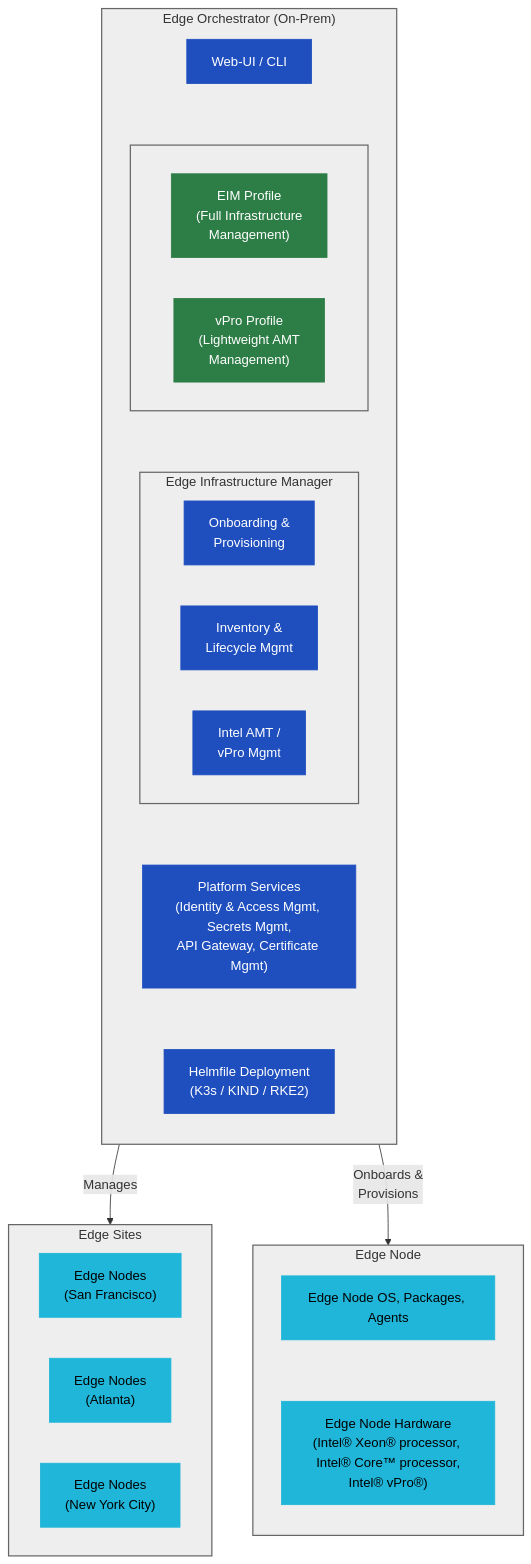
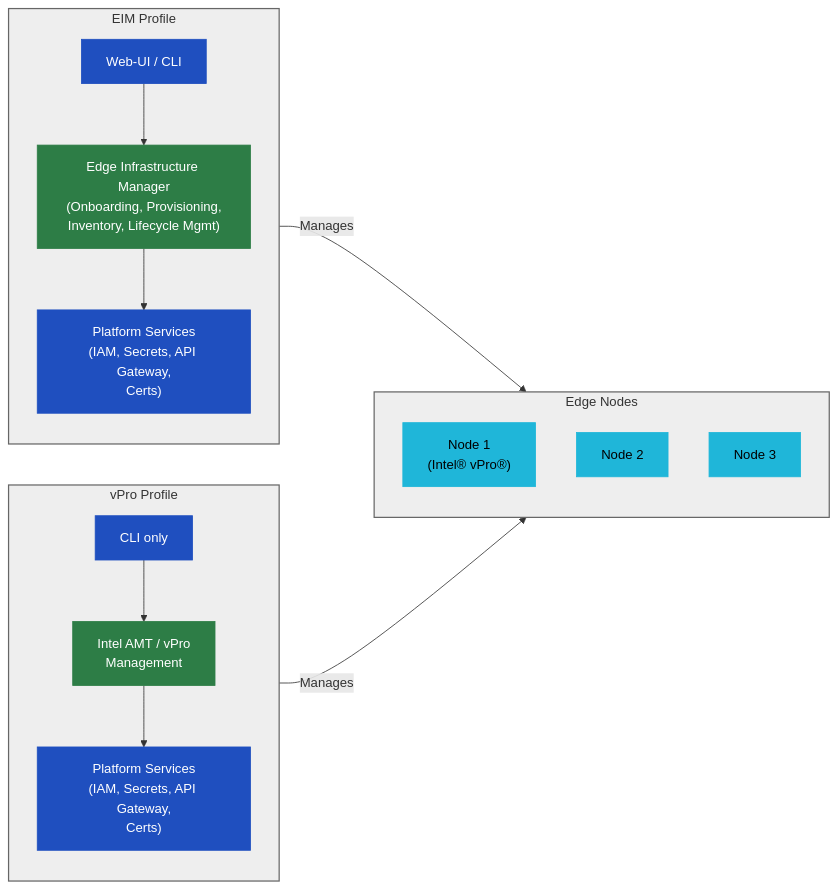
Before and after one commit to open-edge-platform/edge-manageability-framework: the diagram in README.md, drawn with Mermaid.

````diff
--- a/README.md
+++ b/README.md
@@ -28,62 +28,40 @@
 ```mermaid
-flowchart TD
+flowchart LR
 
-    subgraph EO["Edge Orchestrator (On-Prem)"]
+    subgraph EIM["EIM Profile"]
         direction TB
-        WebUI[Web-UI / CLI]
-
-        subgraph Profiles[" "]
-            direction LR
-            EIM["EIM Profile<br/>(Full Infrastructure<br>Management)"]
-            VPRO["vPro Profile<br/>(Lightweight AMT<br>Management)"]
-        end
-
-        subgraph InfraMgmt["Edge Infrastructure Manager"]
-            direction LR
-            Onboard["Onboarding &<br>Provisioning"]
-            Inventory["Inventory &<br>Lifecycle Mgmt"]
-            AMT["Intel AMT /<br>vPro Mgmt"]
-        end
-
-        Platform["Platform Services<br/>(Identity & Access Mgmt, Secrets Mgmt,<br/>API Gateway, Certificate Mgmt)"]
-
-        INFRA["Helmfile Deployment<br/>(K3s / KIND / RKE2)"]
+        UI1[Web-UI / CLI]
+        IM1["Edge Infrastructure Manager<br/>(Onboarding, Provisioning,<br/>Inventory, Lifecycle Mgmt)"]
+        PS1["Platform Services<br/>(IAM, Secrets, API Gateway,<br/>Certs)"]
+        UI1 --> IM1 --> PS1
     end
 
-    %% EDGE SITES
-    subgraph Sites["Edge Sites"]
-        direction LR
-        SF["Edge Nodes<br>(San Francisco)"]
-        ATL["Edge Nodes<br>(Atlanta)"]
-        NYC["Edge Nodes<br>(New York City)"]
+    subgraph VPRO["vPro Profile"]
+        direction TB
+        CLI2[CLI only]
+        IM2["Intel AMT / vPro<br/>Management"]
+        PS2["Platform Services<br/>(IAM, Secrets, API Gateway,<br/>Certs)"]
+        CLI2 --> IM2 --> PS2
     end
 
-    subgraph EdgeNode["Edge Node"]
+    subgraph EN["Edge Nodes"]
         direction TB
-        OS[Edge Node OS, Packages, Agents]
-        HW["Edge Node Hardware<br/>(Intel® Xeon® processor, Intel® Core™ processor,<br/>Intel® vPro®)"]
-        OS ~~~ HW
+        N1["Node 1<br/>(Intel® vPro®)"]
+        N2["Node 2"]
+        N3["Node 3"]
     end
 
-    %% Connections
-    WebUI ~~~ Profiles
-    Profiles ~~~ InfraMgmt
-    InfraMgmt ~~~ Platform
-    Platform ~~~ INFRA
+    EIM -->|"Manages"| EN
+    VPRO -->|"Manages"| EN
 
-    EO -->|"Manages"| Sites
-    EO -->|"Onboards &<br>Provisions"| EdgeNode
+    classDef blue fill:#1f4fbf,color:#fff,stroke:#1f4fbf
+    classDef green fill:#2d7d46,color:#fff,stroke:#2d7d46
+    classDef lightblue fill:#1fb6d9,color:#000,stroke:#1fb6d9
+    classDef grey fill:#eeeeee,stroke:#666,stroke-width:1.5px
 
-    %% Styling
-    classDef grey fill:#eeeeee,stroke:#666,stroke-width:1.5px
-    classDef blue fill:#1f4fbf,color:#fff,stroke:#1f4fbf
-    classDef lightblue fill:#1fb6d9,color:#000,stroke:#1fb6d9
-    classDef green fill:#2d7d46,color:#fff,stroke:#2d7d46
-
-    class EO,Profiles,InfraMgmt,Sites grey
-    class WebUI,Platform,INFRA blue
-    class EIM,VPRO green
-    class Onboard,Inventory,AMT blue
-    class SF,ATL,NYC,OS,HW lightblue
-    class EdgeNode grey
+    class EIM,VPRO grey
+    class UI1,CLI2,PS1,PS2 blue
+    class IM1,IM2 green
+    class EN grey
+    class N1,N2,N3 lightblue
 ```
````
